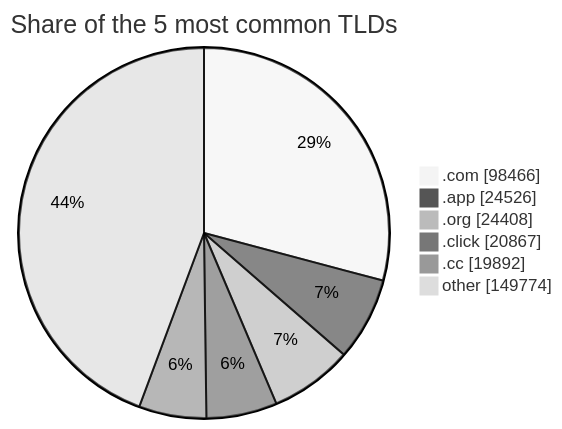
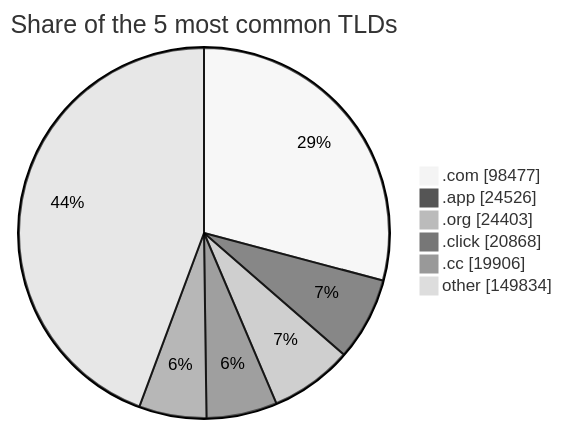
Before and after one commit to DNSBunker/CTI: the third of 3 diagrams in README.md, drawn with Mermaid (neutral theme). The commit also changed other lines of this file and 4 other files, not shown here.

````diff
--- a/README.md
+++ b/README.md
@@ -81,9 +81,9 @@
 ```mermaid
 pie showData title Share of the 5 most common TLDs
-    ".com" : 98466
+    ".com" : 98477
     ".app" : 24526
-    ".org" : 24408
-    ".click" : 20867
-    ".cc" : 19892
-    "other" : 149774
+    ".org" : 24403
+    ".click" : 20868
+    ".cc" : 19906
+    "other" : 149834
 ```
````
